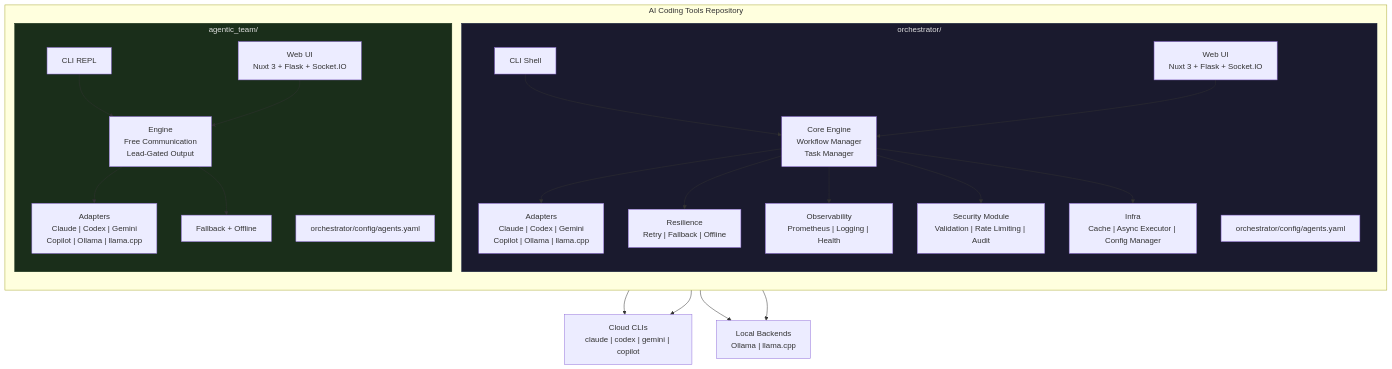
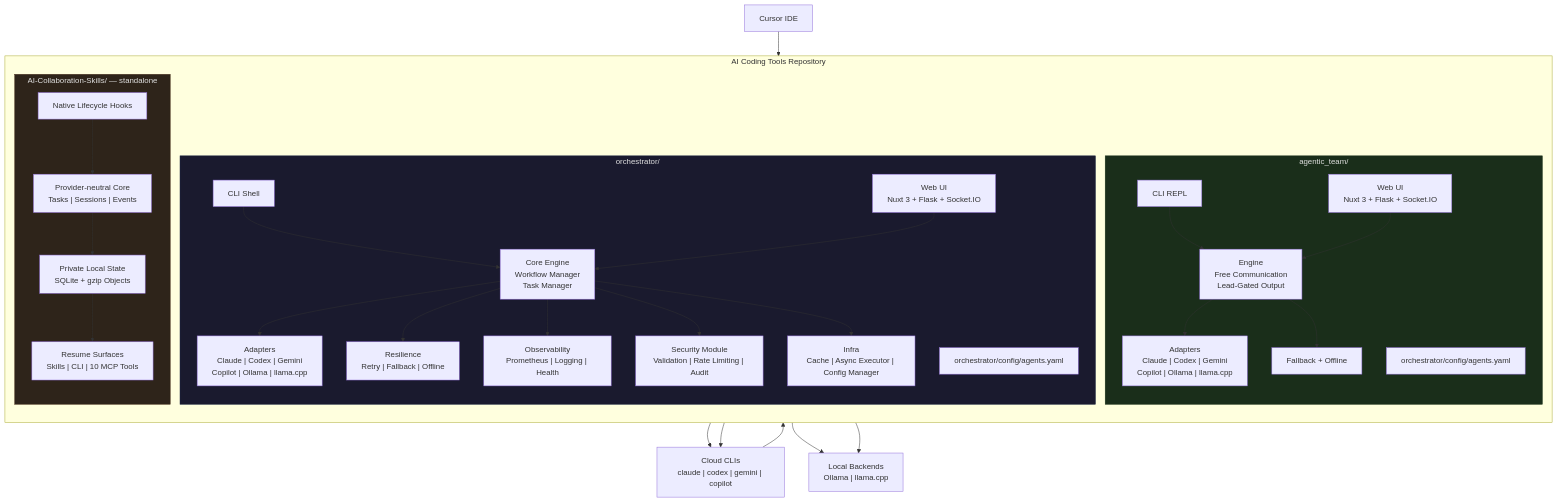
Before and after one commit to hoangsonww/AI-Agents-Orchestrator: the fifth of 13 diagrams in README.md, drawn with Mermaid. The commit also changed other lines of this file and 1 other file, not shown here.

Commit message:
docs: expand standalone AI Collaboration coverage

````diff
--- a/README.md
+++ b/README.md
@@ -395,47 +398,61 @@
 ```mermaid
 graph TD
     subgraph Repository["AI Coding Tools Repository"]
         direction TB
 
         subgraph Orchestrator["orchestrator/"]
             O_CLI["CLI Shell"]
             O_UI["Web UI<br/>Nuxt 3 + Flask + Socket.IO"]
             O_CORE["Core Engine<br/>Workflow Manager<br/>Task Manager"]
             O_ADAPT["Adapters<br/>Claude | Codex | Gemini<br/>Copilot | Ollama | llama.cpp"]
             O_RESIL["Resilience<br/>Retry | Fallback | Offline"]
             O_OBS["Observability<br/>Prometheus | Logging | Health"]
             O_SEC["Security Module<br/>Validation | Rate Limiting | Audit"]
             O_INFRA["Infra<br/>Cache | Async Executor | Config Manager"]
             O_CONF["orchestrator/config/agents.yaml"]
         end
 
         subgraph AgenticTeam["agentic_team/"]
             A_CLI["CLI REPL"]
             A_UI["Web UI<br/>Nuxt 3 + Flask + Socket.IO"]
             A_ENGINE["Engine<br/>Free Communication<br/>Lead-Gated Output"]
             A_ADAPT["Adapters<br/>Claude | Codex | Gemini<br/>Copilot | Ollama | llama.cpp"]
             A_FALLBACK["Fallback + Offline"]
             A_CONF["orchestrator/config/agents.yaml"]
         end
+
+        subgraph Collaboration["AI-Collaboration-Skills/ — standalone"]
+            C_HOOKS["Native Lifecycle Hooks"]
+            C_CORE["Provider-neutral Core<br/>Tasks | Sessions | Events"]
+            C_STORE["Private Local State<br/>SQLite + gzip Objects"]
+            C_ACTIVE["Resume Surfaces<br/>Skills | CLI | 10 MCP Tools"]
+        end
     end
 
     O_CLI --> O_CORE
     O_UI --> O_CORE
     O_CORE --> O_ADAPT
     O_CORE --> O_RESIL
     O_CORE --> O_OBS
     O_CORE --> O_SEC
     O_CORE --> O_INFRA
     O_ADAPT --> ExtCloud["Cloud CLIs<br/>claude | codex | gemini | copilot"]
     O_ADAPT --> ExtLocal["Local Backends<br/>Ollama | llama.cpp"]
 
     A_CLI --> A_ENGINE
     A_UI --> A_ENGINE
     A_ENGINE --> A_ADAPT
     A_ENGINE --> A_FALLBACK
     A_ADAPT --> ExtCloud
     A_ADAPT --> ExtLocal
 
+    ExtCloud --> C_HOOKS
+    CursorIDE["Cursor IDE"] --> C_HOOKS
+    C_HOOKS --> C_CORE
+    C_CORE --> C_STORE
+    C_STORE --> C_ACTIVE
+
     style Orchestrator fill:#1a1a2e,stroke:#16213e,color:#e0e0e0
     style AgenticTeam fill:#1a2e1a,stroke:#162e16,color:#e0e0e0
+    style Collaboration fill:#2e241a,stroke:#4a321f,color:#e0e0e0
 ```
````
